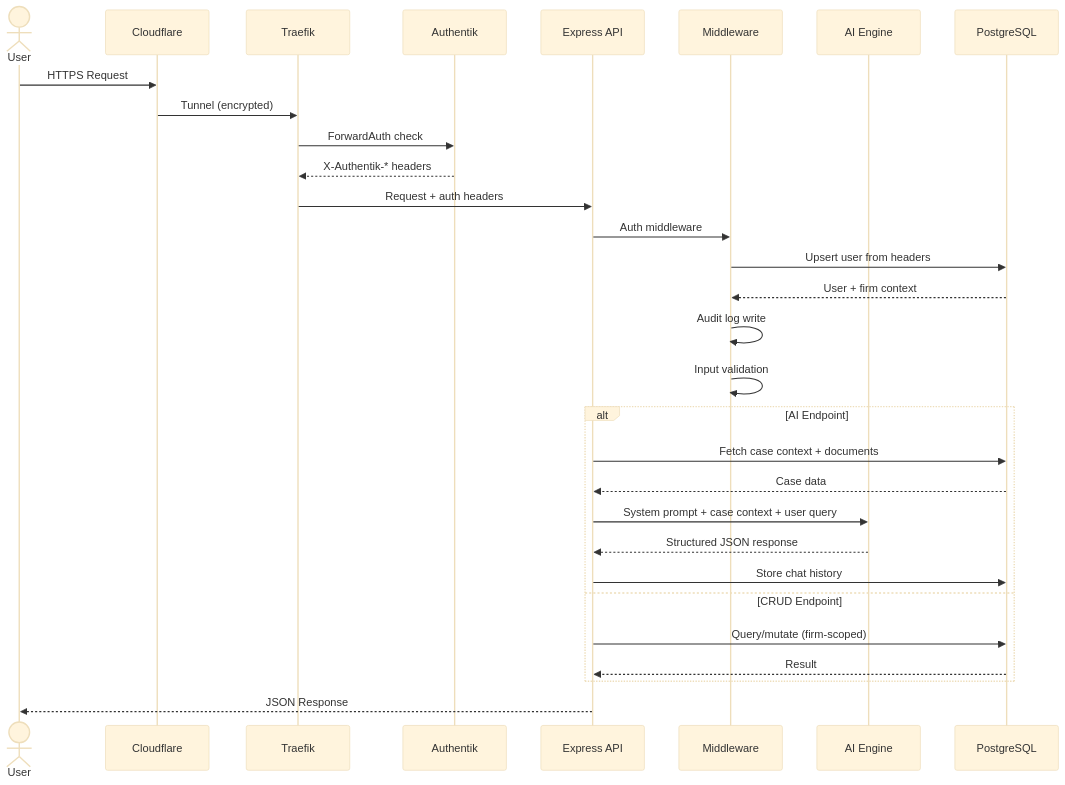
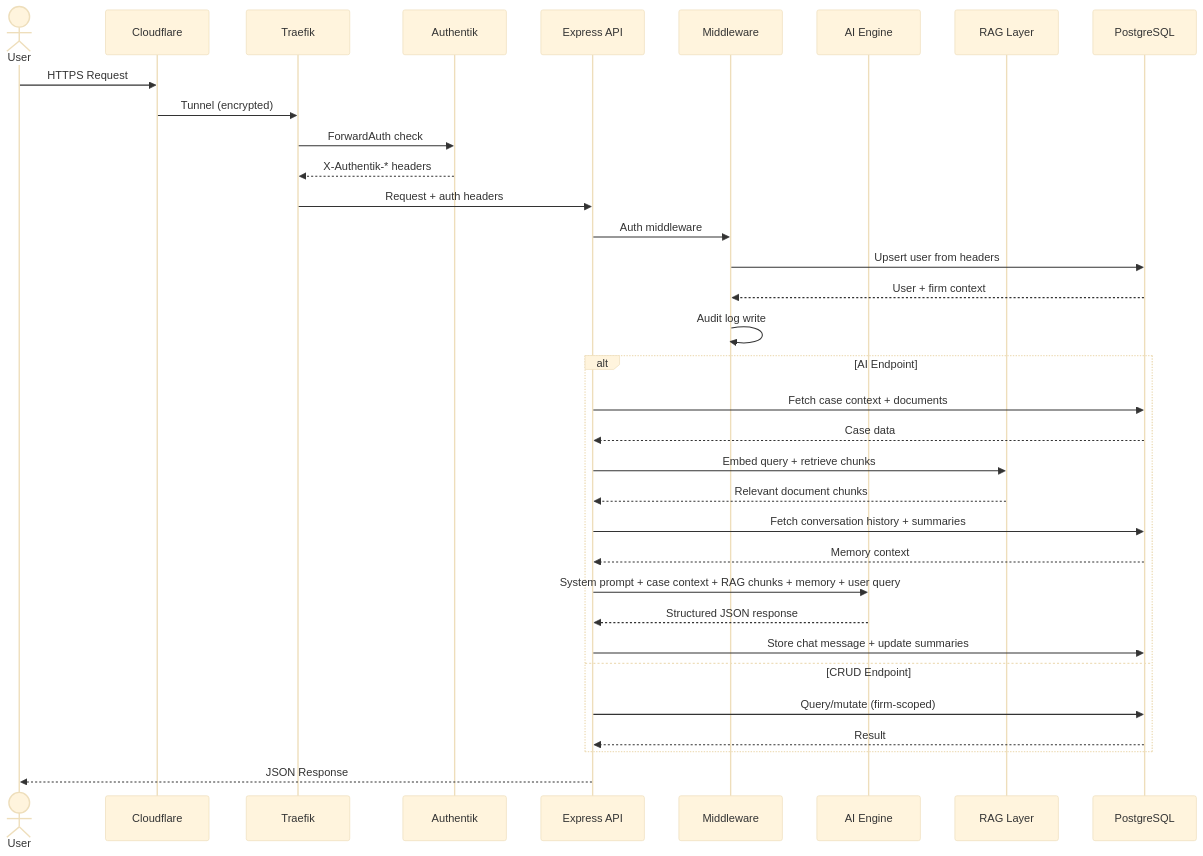
Before and after one commit to EolaFam1828/AetherLegalIntelligence: the eighth of 11 diagrams in ARCHITECTURE.md, drawn with Mermaid (base theme). The commit also changed other lines of this file and 15 other files, not shown here.

````diff
--- a/ARCHITECTURE.md
+++ b/ARCHITECTURE.md
@@ -265,36 +388,40 @@
 ```mermaid
 sequenceDiagram
     actor User
     participant CF as Cloudflare
     participant TF as Traefik
     participant AK as Authentik
     participant API as Express API
     participant MW as Middleware
     participant LLM as AI Engine
+    participant RAG as RAG Layer
     participant DB as PostgreSQL
 
     User->>CF: HTTPS Request
     CF->>TF: Tunnel (encrypted)
     TF->>AK: ForwardAuth check
     AK-->>TF: X-Authentik-* headers
     TF->>API: Request + auth headers
 
     API->>MW: Auth middleware
     MW->>DB: Upsert user from headers
     DB-->>MW: User + firm context
     MW->>MW: Audit log write
-    MW->>MW: Input validation
 
     alt AI Endpoint
         API->>DB: Fetch case context + documents
         DB-->>API: Case data
-        API->>LLM: System prompt + case context + user query
+        API->>RAG: Embed query + retrieve chunks
+        RAG-->>API: Relevant document chunks
+        API->>DB: Fetch conversation history + summaries
+        DB-->>API: Memory context
+        API->>LLM: System prompt + case context + RAG chunks + memory + user query
         LLM-->>API: Structured JSON response
-        API->>DB: Store chat history
+        API->>DB: Store chat message + update summaries
     else CRUD Endpoint
         API->>DB: Query/mutate (firm-scoped)
         DB-->>API: Result
     end
 
     API-->>User: JSON Response
 ```
````
